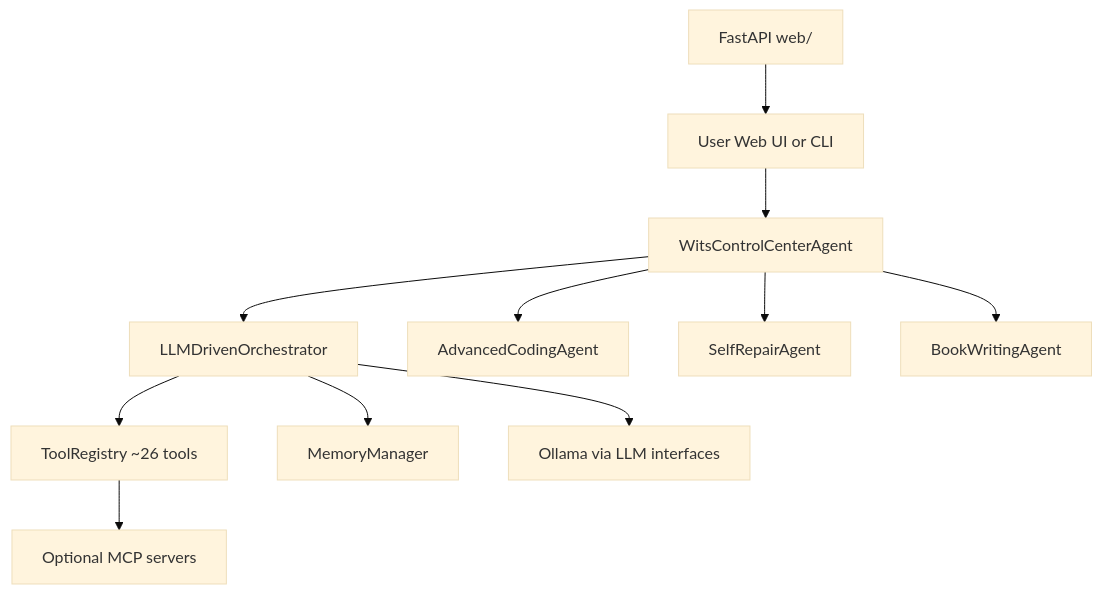
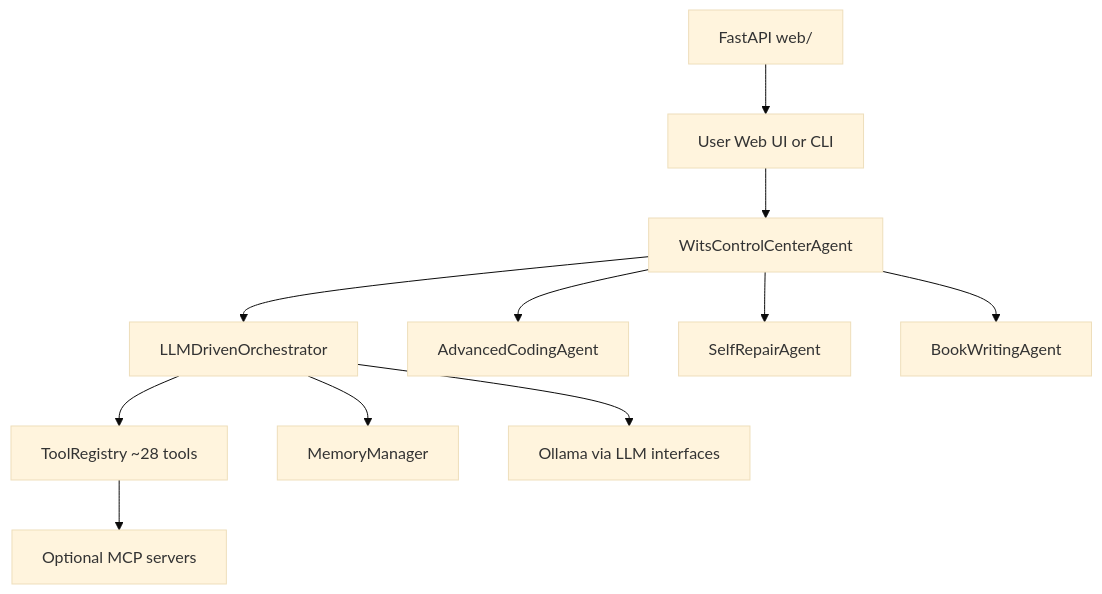
Before and after one commit to capnknives/WitsV3: the diagram in docs/architecture/system-architecture.md, drawn with Mermaid (base theme). The commit also changed other lines of this file and 30 other files, not shown here.

````diff
--- a/docs/architecture/system-architecture.md
+++ b/docs/architecture/system-architecture.md
@@ -17,13 +17,13 @@
 ```mermaid
 flowchart TB
   User[User Web UI or CLI] --> WCCA[WitsControlCenterAgent]
   WCCA --> Orch[LLMDrivenOrchestrator]
   WCCA --> Coding[AdvancedCodingAgent]
   WCCA --> Repair[SelfRepairAgent]
   WCCA --> Book[BookWritingAgent]
-  Orch --> Tools[ToolRegistry ~26 tools]
+  Orch --> Tools[ToolRegistry ~28 tools]
   Orch --> Mem[MemoryManager]
   Orch --> LLM[Ollama via LLM interfaces]
   Tools --> MCP[Optional MCP servers]
   Web[FastAPI web/] --> User
 ```
````
